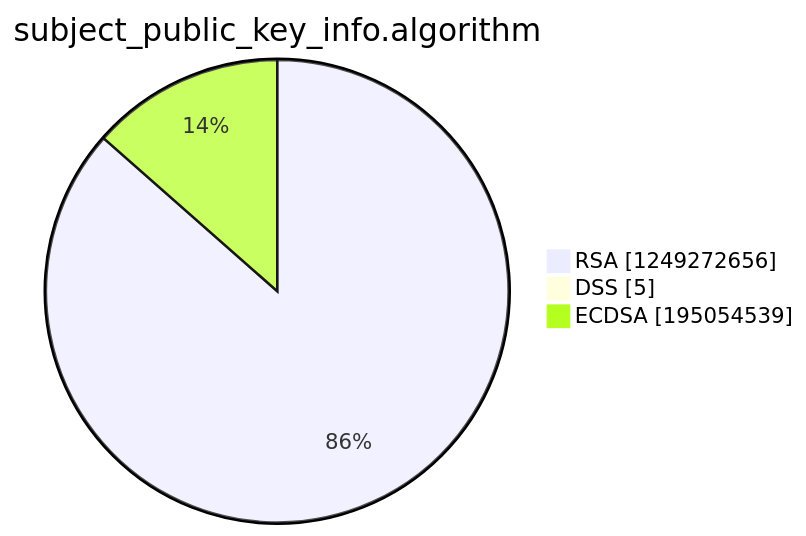
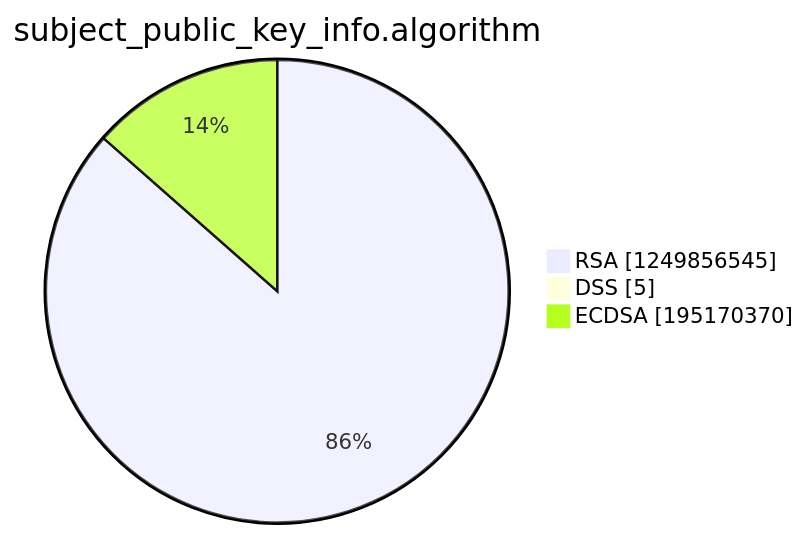
One commit to christiankrug/ctmonitor_visualization changed the third of 15 diagrams in argon2022/README.md. Above: the diagram before and after it, drawn with Mermaid. The commit also changed other lines of this file, not shown here.

````diff
--- a/argon2022/README.md
+++ b/argon2022/README.md
@@ -14,7 +14,7 @@
 ```mermaid
 pie showData
 title subject_public_key_info.algorithm
-"RSA" :1249272656
+"RSA" :1249856545
 "DSS" :5
-"ECDSA" :195054539
+"ECDSA" :195170370
 ```
````
